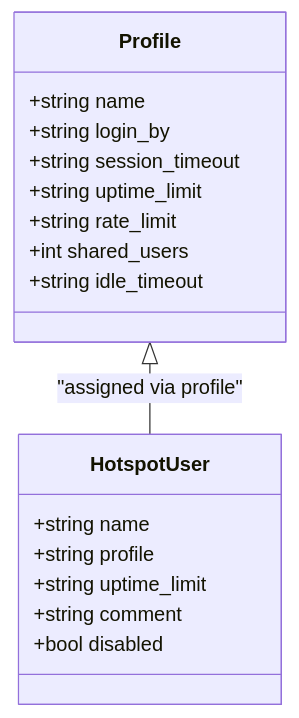
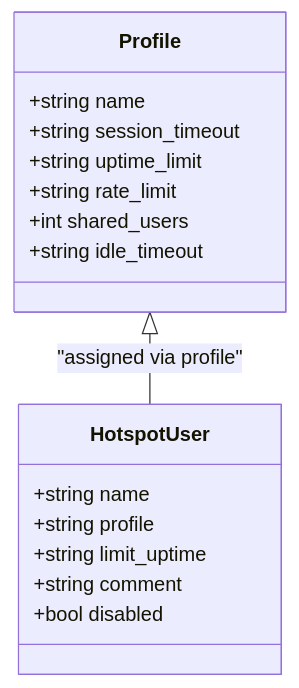
The seventh of 11 diagrams in .qoder/repowiki/en/content/Administrative Panel/Hotspot Administration.md (Djnirds1984/MT-CONTROLLER-PISOWIFI), drawn with Mermaid before and after one commit. The commit also changed other lines of this file and 52 other files, not shown here.

````diff
--- a/.qoder/repowiki/en/content/Administrative Panel/Hotspot Administration.md
+++ b/.qoder/repowiki/en/content/Administrative Panel/Hotspot Administration.md
@@ -318,20 +332,19 @@
 ```mermaid
 classDiagram
 class Profile {
 +string name
-+string login_by
 +string session_timeout
 +string uptime_limit
 +string rate_limit
 +int shared_users
 +string idle_timeout
 }
 class HotspotUser {
 +string name
 +string profile
-+string uptime_limit
++string limit_uptime
 +string comment
 +bool disabled
 }
 Profile <|-- HotspotUser : "assigned via profile"
 ```
````
